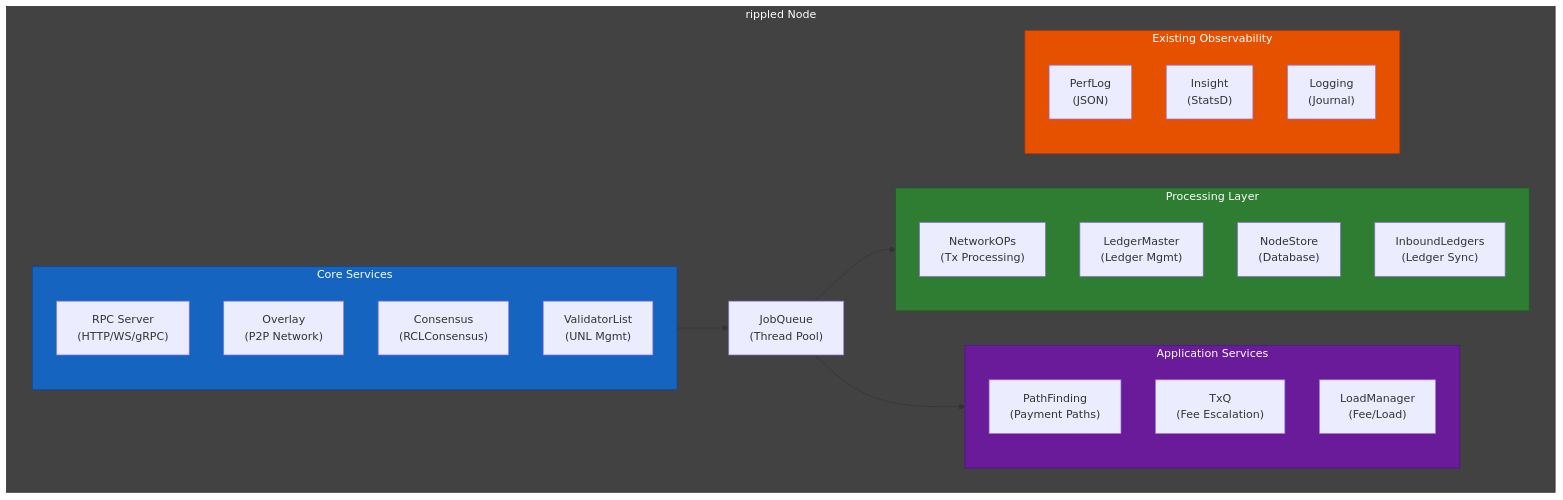
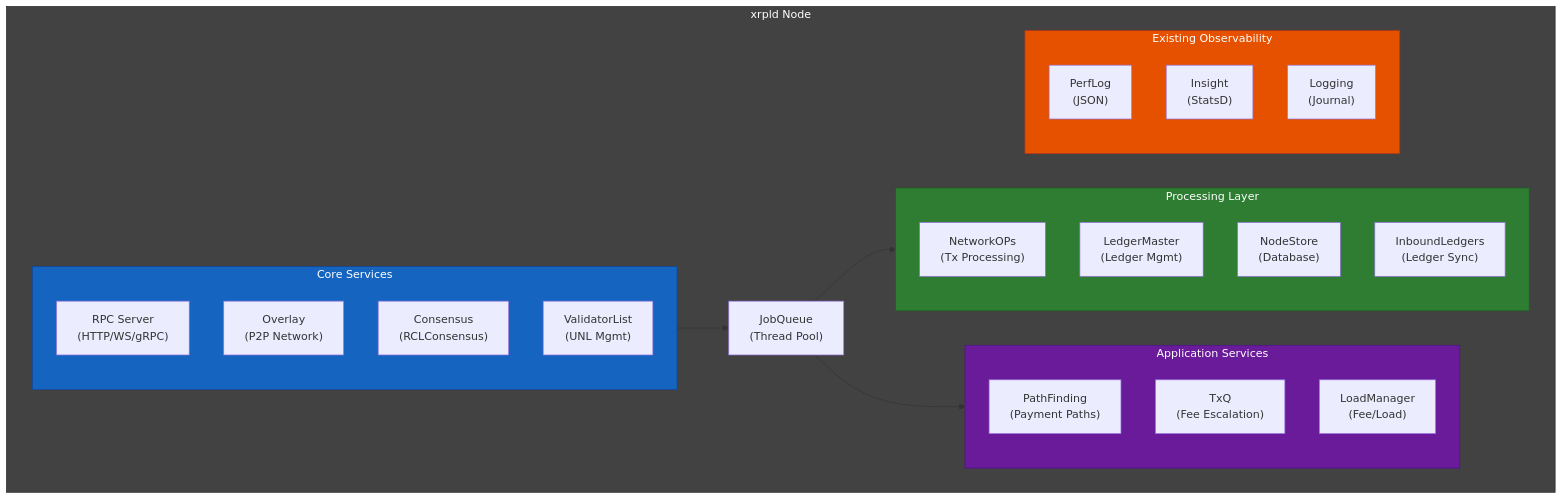
The first of 6 diagrams in OpenTelemetryPlan/01-architecture-analysis.md (XRPLF/rippled), drawn with Mermaid before and after one commit. The commit also changed other lines of this file and 10 other files, not shown here.

````diff
--- a/OpenTelemetryPlan/01-architecture-analysis.md
+++ b/OpenTelemetryPlan/01-architecture-analysis.md
@@ -14,42 +14,42 @@
 ```mermaid
 flowchart TB
-    subgraph rippled["rippled Node"]
+    subgraph xrpld["xrpld Node"]
         subgraph services["Core Services"]
             RPC["RPC Server<br/>(HTTP/WS/gRPC)"]
             Overlay["Overlay<br/>(P2P Network)"]
             Consensus["Consensus<br/>(RCLConsensus)"]
             ValidatorList["ValidatorList<br/>(UNL Mgmt)"]
         end
 
         JobQueue["JobQueue<br/>(Thread Pool)"]
 
         subgraph processing["Processing Layer"]
             NetworkOPs["NetworkOPs<br/>(Tx Processing)"]
             LedgerMaster["LedgerMaster<br/>(Ledger Mgmt)"]
             NodeStore["NodeStore<br/>(Database)"]
             InboundLedgers["InboundLedgers<br/>(Ledger Sync)"]
         end
 
         subgraph appservices["Application Services"]
             PathFind["PathFinding<br/>(Payment Paths)"]
             TxQ["TxQ<br/>(Fee Escalation)"]
             LoadMgr["LoadManager<br/>(Fee/Load)"]
         end
 
         subgraph observability["Existing Observability"]
             PerfLog["PerfLog<br/>(JSON)"]
             Insight["Insight<br/>(StatsD)"]
             Logging["Logging<br/>(Journal)"]
         end
 
         services --> JobQueue
         JobQueue --> processing
         JobQueue --> appservices
     end
 
-    style rippled fill:#424242,stroke:#212121,color:#ffffff
+    style xrpld fill:#424242,stroke:#212121,color:#ffffff
     style services fill:#1565c0,stroke:#0d47a1,color:#ffffff
     style processing fill:#2e7d32,stroke:#1b5e20,color:#ffffff
     style appservices fill:#6a1b9a,stroke:#4a148c,color:#ffffff
     style observability fill:#e65100,stroke:#bf360c,color:#ffffff
 ```
````
